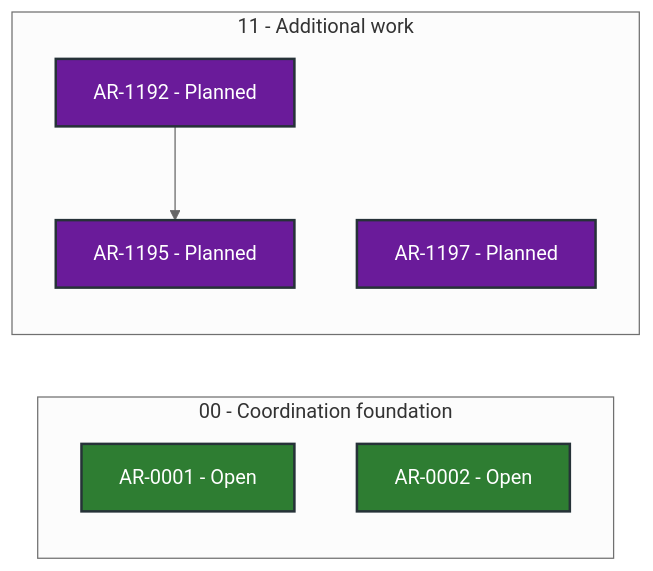
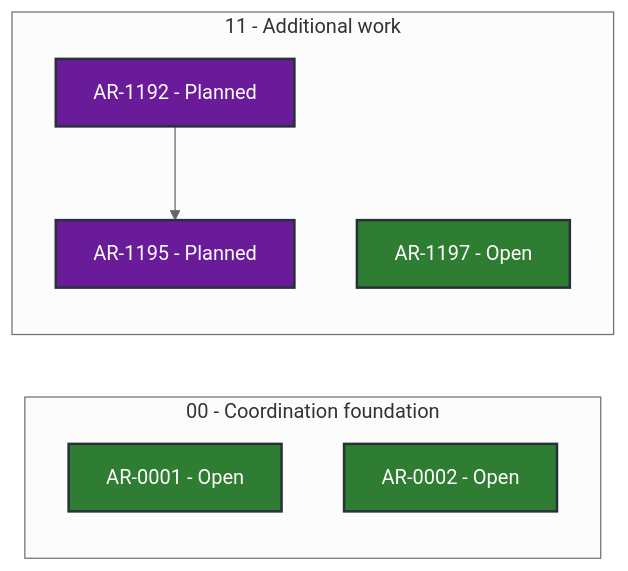
The diagram in STATUS.md (martin-beck/asb-tui-state), drawn with Mermaid (neutral theme) before and after one commit. The commit also changed other lines of this file and 2 other files, not shown here.

````diff
--- a/STATUS.md
+++ b/STATUS.md
@@ -27,23 +27,23 @@
 ```mermaid
 flowchart LR
     subgraph series_00["00 - Coordination foundation"]
         direction TB
         AR_0001["AR-0001 - Open"]:::status_open
         AR_0002["AR-0002 - Open"]:::status_open
     end
     subgraph series_11["11 - Additional work"]
         direction TB
         AR_1192["AR-1192 - Planned"]:::status_planned
         AR_1195["AR-1195 - Planned"]:::status_planned
-        AR_1197["AR-1197 - Planned"]:::status_planned
+        AR_1197["AR-1197 - Open"]:::status_open
     end
     AR_1192 --> AR_1195
     classDef status_in_progress fill:#1565c0,color:#ffffff,stroke:#263238,stroke-width:2px
     classDef status_open fill:#2e7d32,color:#ffffff,stroke:#263238,stroke-width:2px
     classDef status_blocked fill:#c62828,color:#ffffff,stroke:#263238,stroke-width:2px
     classDef status_planned fill:#6a1b9a,color:#ffffff,stroke:#263238,stroke-width:2px
     classDef status_future fill:#455a64,color:#ffffff,stroke:#263238,stroke-width:2px
     classDef status_done fill:#00695c,color:#ffffff,stroke:#263238,stroke-width:2px
     classDef status_cancelled fill:#616161,color:#ffffff,stroke:#263238,stroke-width:2px
     classDef status_superseded fill:#5d4037,color:#ffffff,stroke:#263238,stroke-width:2px
 ```
````
